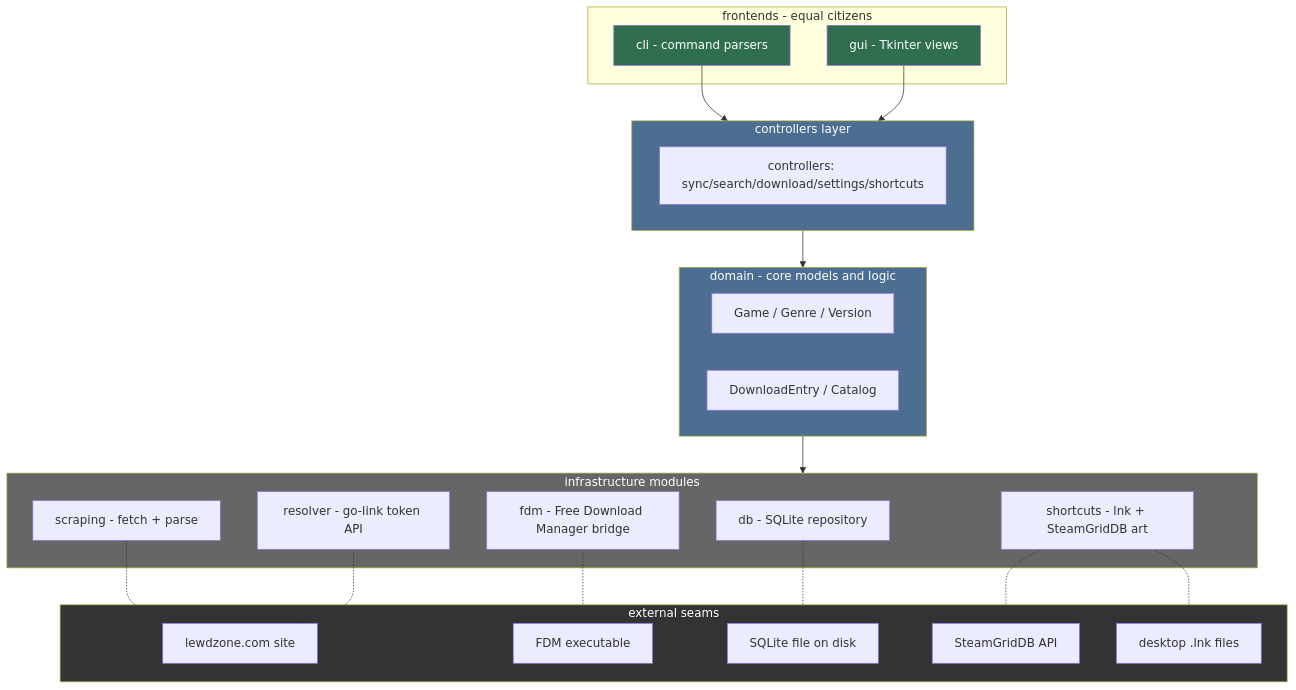
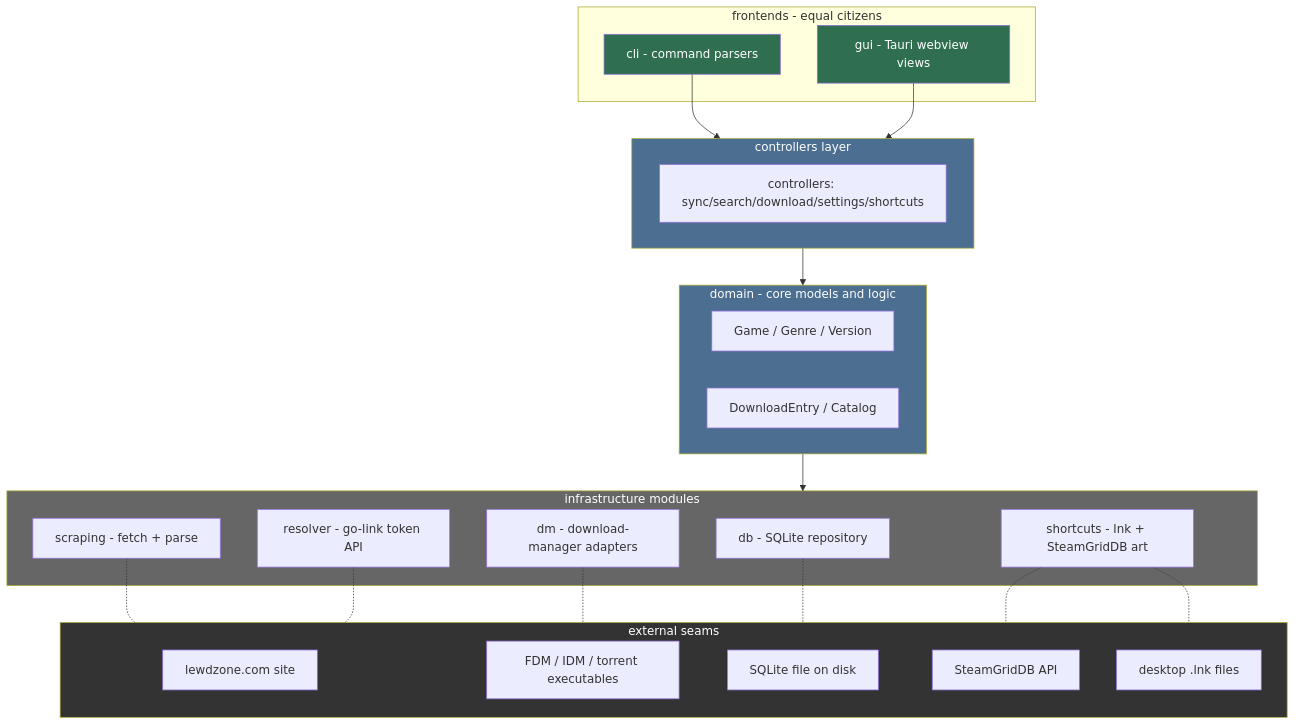
The diagram in .agents/agents/architect/systems-designer/systems-designer.md (HELIX-Origin/LewdZone-Launcher), drawn with Mermaid before and after one commit. The commit also changed other lines of this file and 217 other files, not shown here.

````diff
--- a/.agents/agents/architect/systems-designer/systems-designer.md
+++ b/.agents/agents/architect/systems-designer/systems-designer.md
@@ -27,46 +27,46 @@
 ```mermaid
 flowchart TD
     subgraph UI["frontends - equal citizens"]
         CLI["cli - command parsers"]
-        GUI["gui - Tkinter views"]
+        GUI["gui - Tauri webview views"]
     end
     subgraph SVC["controllers layer"]
         S1["controllers: sync/search/download/settings/shortcuts"]
     end
     subgraph DOM["domain - core models and logic"]
         D1["Game / Genre / Version"]
         D2["DownloadEntry / Catalog"]
     end
     subgraph INFRA["infrastructure modules"]
         I1[db - SQLite repository]
         I2[scraping - fetch + parse]
         I3[resolver - go-link token API]
-        I4[fdm - Free Download Manager bridge]
+        I4[dm - download-manager adapters]
         I5[shortcuts - lnk + SteamGridDB art]
     end
     subgraph EXT["external seams"]
         E1["lewdzone.com site"]
-        E2[FDM executable]
+        E2[FDM / IDM / torrent executables]
         E3[SQLite file on disk]
         E4[SteamGridDB API]
         E5[desktop .lnk files]
     end
 
     CLI --> SVC
     GUI --> SVC
     SVC --> DOM
     DOM --> INFRA
     I1 -.-> E3
     I2 -.-> E1
     I3 -.-> E1
     I4 -.-> E2
     I5 -.-> E4
     I5 -.-> E5
 
     style CLI fill:#2f6f4f,color:#fff
     style GUI fill:#2f6f4f,color:#fff
     style SVC fill:#4b6e91,color:#fff
     style DOM fill:#4b6e91,color:#fff
     style INFRA fill:#666,color:#fff
     style EXT fill:#333,color:#fff
 ```
````
